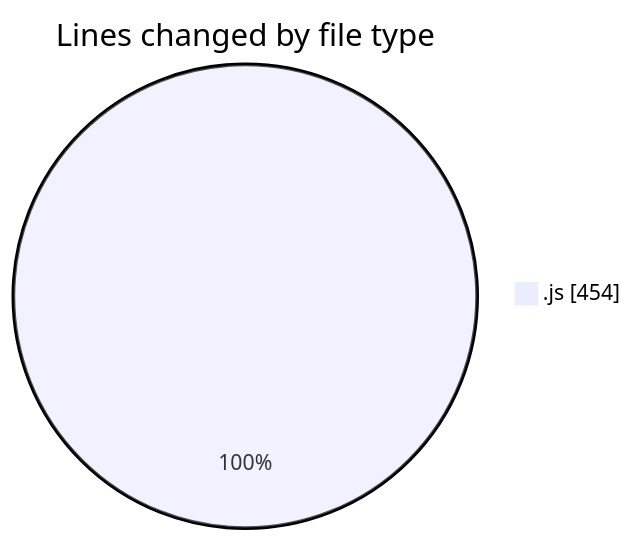
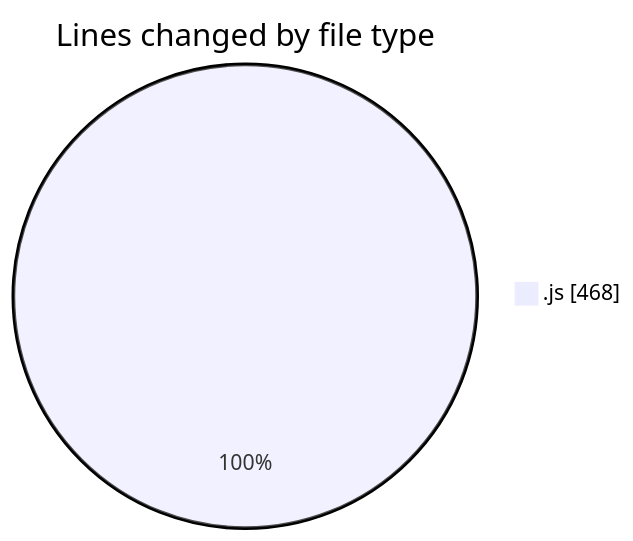
The first of 2 diagrams in 2025-06-19/nxtqube_webapp/README.md (nxtqubesakshisongat/code-tracking), drawn with Mermaid before and after one commit. The commit also changed other lines of this file and 1 other file, not shown here.

````diff
--- a/2025-06-19/nxtqube_webapp/README.md
+++ b/2025-06-19/nxtqube_webapp/README.md
@@ -26,5 +26,5 @@
 ```mermaid
 pie showData
 title Lines changed by file type
-".js" : 454
+".js" : 468
 ```
````
